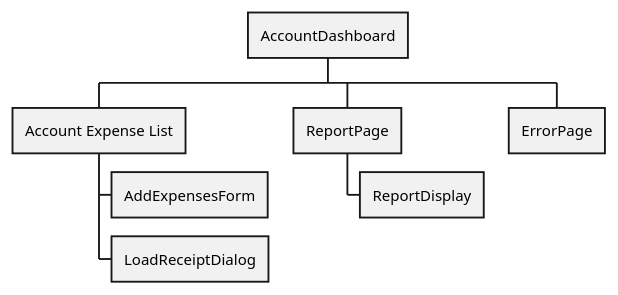
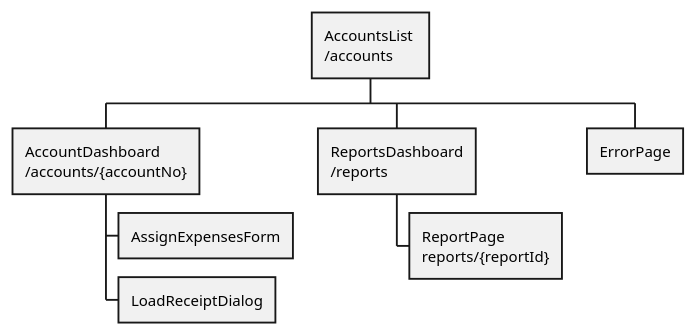
Before and after one commit to onouv/expenses: the diagram in doc/implementation/frontend/routes.wbs.puml, drawn with PlantUML. The commit also changed 34 other files, not shown here.

```diff
--- a/doc/implementation/frontend/routes.wbs.puml
+++ b/doc/implementation/frontend/routes.wbs.puml
@@ -1,11 +1,11 @@
 @startwbs
 'https://plantuml.com/wbs-diagram
 
-* AccountDashboard
-** Account Expense List
-*** AddExpensesForm
+* AccountsList \n/accounts
+** AccountDashboard \n/accounts/{accountNo}
+*** AssignExpensesForm
 *** LoadReceiptDialog
-** ReportPage
-*** ReportDisplay
+** ReportsDashboard\n/reports
+*** ReportPage\nreports/{reportId}
 ** ErrorPage
 @endwbs
```
